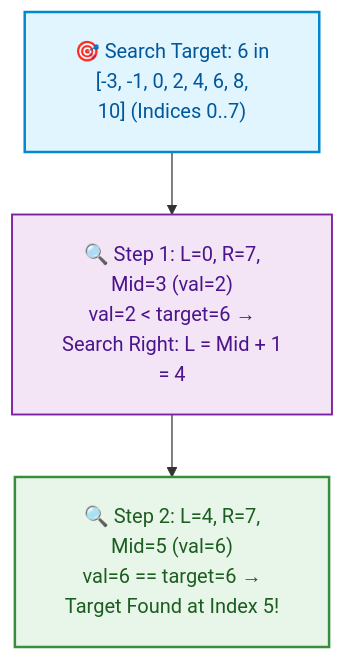
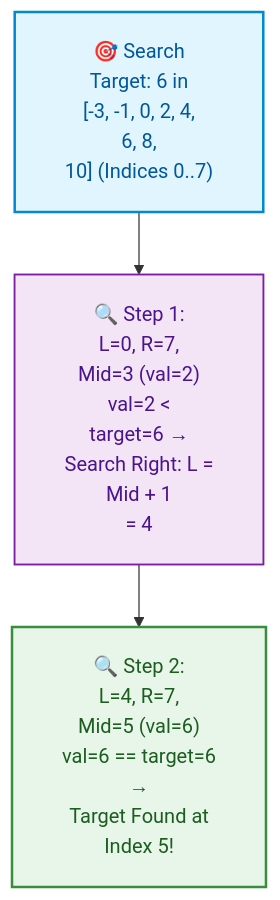
The sixth of 6 diagrams in week_04_core_problem_solving_patterns_i/Week_04_Visual_Concepts_Playbook_HYBRID.md (dip4k/DSA_102), drawn with Mermaid before and after one commit. The commit also changed other lines of this file and 106 other files, not shown here.

First line of the commit message:
fix(mermaid): prevent text clipping with foreignObject overflow and tighter line wrapping

````diff
--- a/week_04_core_problem_solving_patterns_i/Week_04_Visual_Concepts_Playbook_HYBRID.md
+++ b/week_04_core_problem_solving_patterns_i/Week_04_Visual_Concepts_Playbook_HYBRID.md
@@ -573,11 +573,11 @@
 ```mermaid
-%%{init: {"flowchart": {"htmlLabels": true, "padding": 20}}}%%
+%%{init: {"flowchart": {"htmlLabels": true, "padding": 20}, "themeCSS": "foreignObject { overflow: visible !important; }"}}%%
 flowchart TD
     classDef init fill:#e1f5fe,stroke:#0288d1,color:#01579b,stroke-width:2px;
     classDef step fill:#f3e5f5,stroke:#7b1fa2,color:#4a148c,stroke-width:1.5px;
     classDef found fill:#e8f5e9,stroke:#388e3c,color:#1b5e20,stroke-width:2px;
 
-    R["🎯 Search Target: 6 in<br/>[-3, -1, 0, 2, 4, 6, 8,<br/>10] (Indices 0..7)"]:::init
-    R --> S1["🔍 Step 1: L=0, R=7,<br/>Mid=3 (val=2)<br/>val=2 &lt; target=6 →<br/>Search Right: L = Mid + 1<br/>= 4"]:::step
-    S1 --> S2["🔍 Step 2: L=4, R=7,<br/>Mid=5 (val=6)<br/>val=6 == target=6 →<br/>Target Found at Index 5!"]:::found
+    R["🎯 Search<br/>Target: 6 in<br/>[-3, -1, 0, 2, 4,<br/>6, 8,<br/>10] (Indices 0..7)"]:::init
+    R --> S1["🔍 Step 1:<br/>L=0, R=7,<br/>Mid=3 (val=2)<br/>val=2 &lt;<br/>target=6 →<br/>Search Right: L =<br/>Mid + 1<br/>= 4"]:::step
+    S1 --> S2["🔍 Step 2:<br/>L=4, R=7,<br/>Mid=5 (val=6)<br/>val=6 == target=6<br/>→<br/>Target Found at<br/>Index 5!"]:::found
 ```
````
